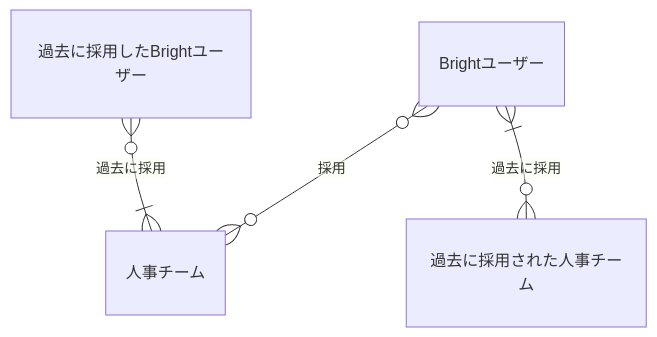
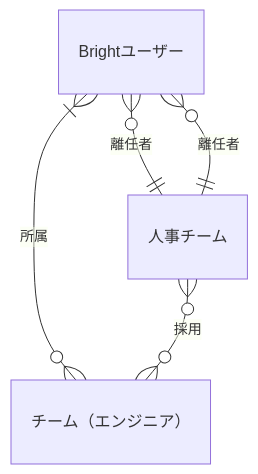
Before and after one commit to bright-org/bright: the fifth of 8 diagrams in docs/conceptual_schemas/users.md, drawn with Mermaid. The commit also changed other lines of this file, not shown here.

````diff
--- a/docs/conceptual_schemas/users.md
+++ b/docs/conceptual_schemas/users.md
@@ -65,6 +76,7 @@
 ```mermaid
 erDiagram
-  "Brightユーザー"}o--o{"人事チーム" : "採用"
-  "Brightユーザー"}|--o{"過去に採用された人事チーム" : "過去に採用"
-  "過去に採用したBrightユーザー"}o--|{"人事チーム" : "過去に採用"
+  "Brightユーザー"}o--||"人事チーム" : "離任者"
+  "Brightユーザー"}|--o{"チーム（エンジニア）" : "所属"
+  "人事チーム"}o--o{"チーム（エンジニア）" : "採用"
+  "Brightユーザー"}o--||"人事チーム" : "離任者"
 ```
````
